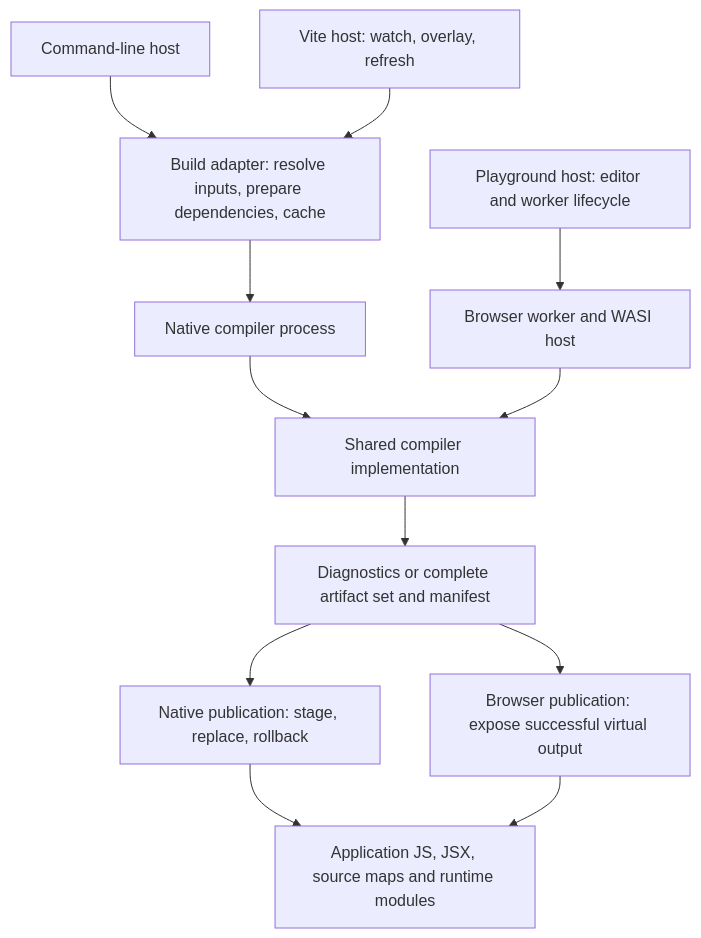
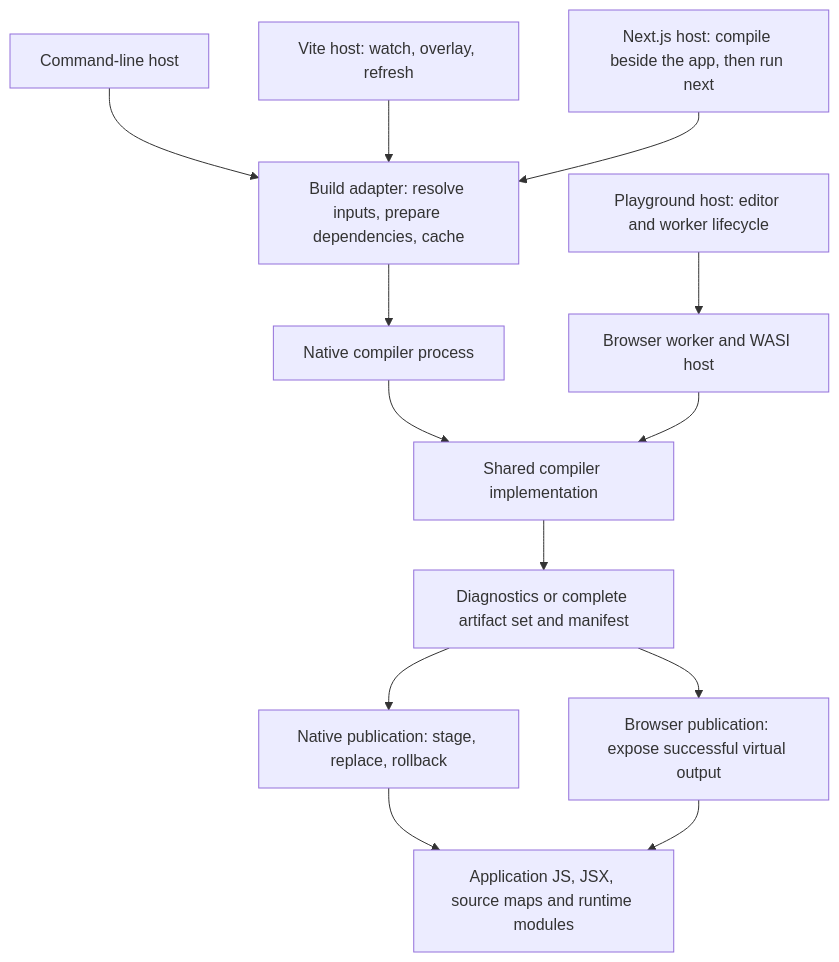
The first of 2 diagrams in docs/architecture.md (rust-js-lang/rust-js), drawn with Mermaid before and after one commit. The commit also changed other lines of this file and 1 other file, not shown here.

````diff
--- a/docs/architecture.md
+++ b/docs/architecture.md
@@ -78,26 +78,28 @@
 ```mermaid
 flowchart TB
     CLI["Command-line host"]
     Vite["Vite host: watch, overlay, refresh"]
+    Next["Next.js host: compile beside the app, then run next"]
     Browser["Playground host: editor and worker lifecycle"]
     Build["Build adapter: resolve inputs, prepare dependencies, cache"]
     Native["Native compiler process"]
     Worker["Browser worker and WASI host"]
     Core["Shared compiler implementation"]
     Result["Diagnostics or complete artifact set and manifest"]
     NativeOutput["Native publication: stage, replace, rollback"]
     BrowserOutput["Browser publication: expose successful virtual output"]
     App["Application JS, JSX, source maps and runtime modules"]
 
     CLI --> Build
     Vite --> Build
+    Next --> Build
     Browser --> Worker
     Build --> Native
     Native --> Core
     Worker --> Core
     Core --> Result
     Result --> NativeOutput
     Result --> BrowserOutput
     NativeOutput --> App
     BrowserOutput --> App
 ```
````
